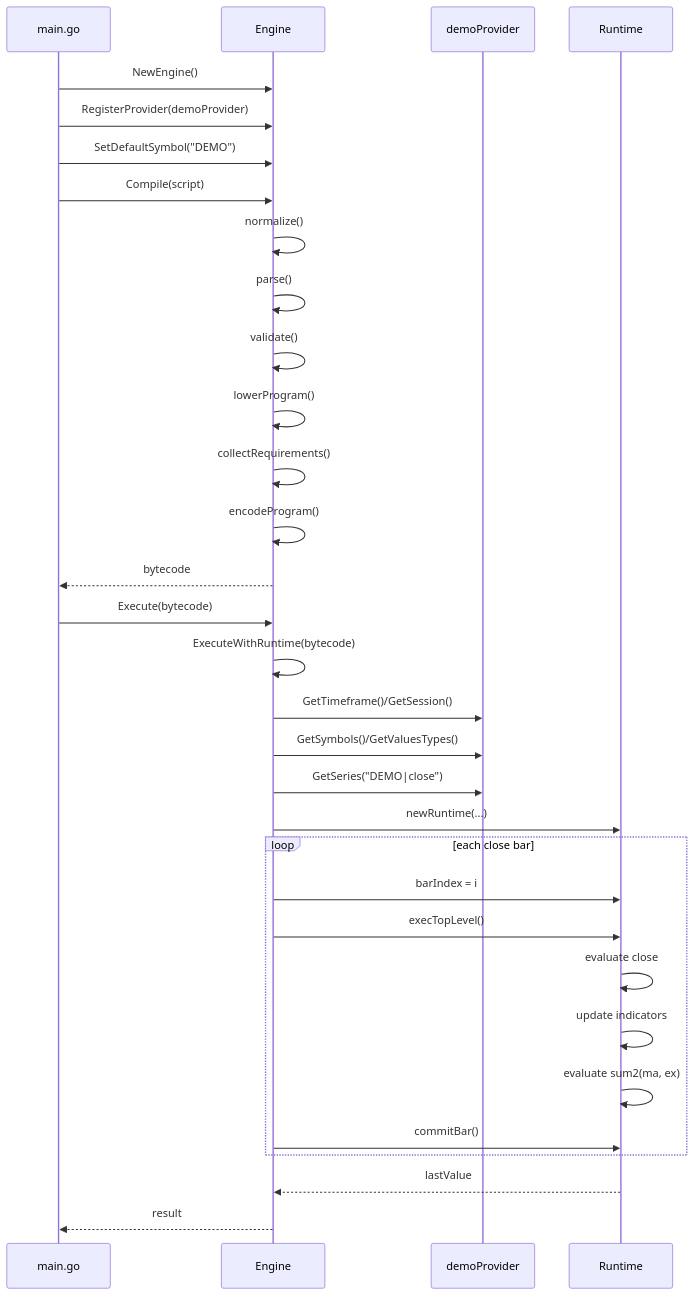
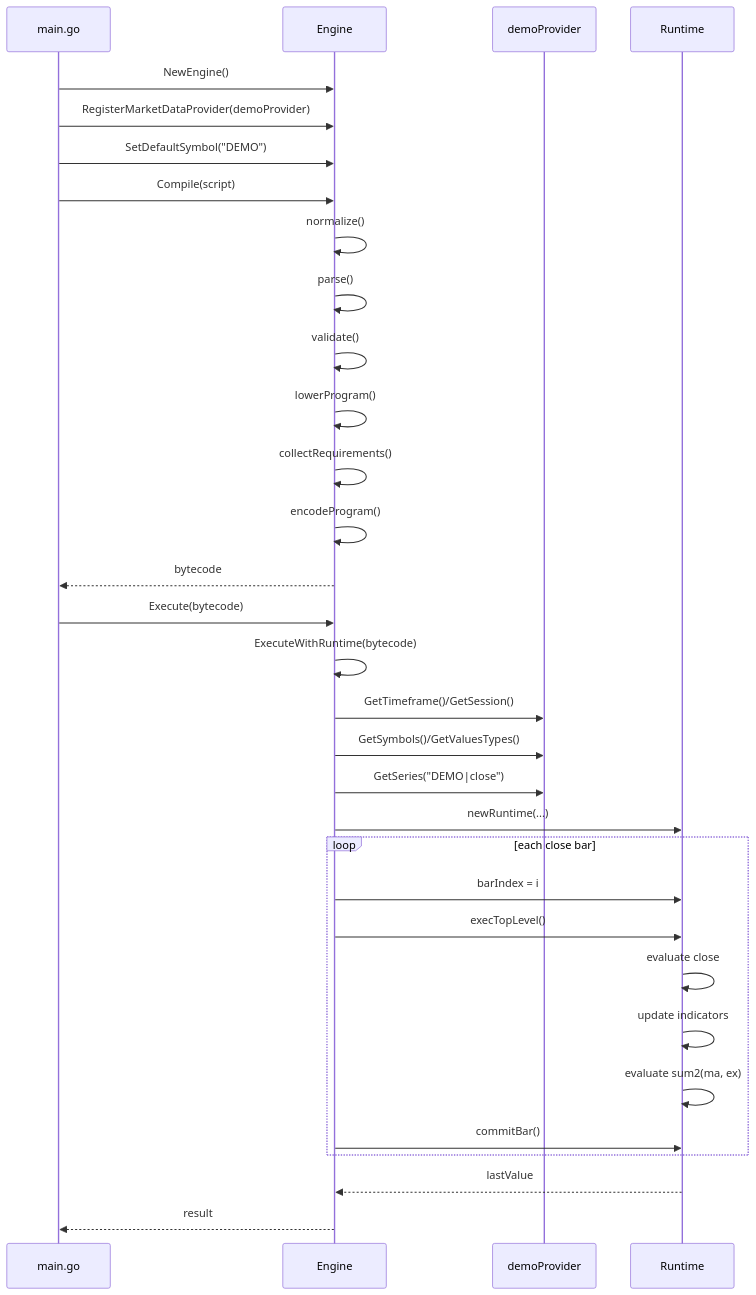
One commit to woodstock-tokyo/pinescription changed the second of 2 diagrams in README.md. Above: the diagram before and after it, drawn with Mermaid.

Commit message:
Update provider registration method name in README

````diff
--- a/README.md
+++ b/README.md
@@ -233,39 +233,39 @@
 ```mermaid
 %%{init: {"themeVariables": {"fontSize": "12px"}, "sequence": {"diagramMarginX": 20, "diagramMarginY": 10, "messageMargin": 10}} }%%
 sequenceDiagram
 	participant App as main.go
 	participant Eng as Engine
 	participant Prov as demoProvider
 	participant RT as Runtime
 
 	App->>Eng: NewEngine()
-	App->>Eng: RegisterProvider(demoProvider)
+	App->>Eng: RegisterMarketDataProvider(demoProvider)
 	App->>Eng: SetDefaultSymbol("DEMO")
 	App->>Eng: Compile(script)
 	Eng->>Eng: normalize()
 	Eng->>Eng: parse()
 	Eng->>Eng: validate()
 	Eng->>Eng: lowerProgram()
 	Eng->>Eng: collectRequirements()
 	Eng->>Eng: encodeProgram()
 	Eng-->>App: bytecode
 
 	App->>Eng: Execute(bytecode)
 	Eng->>Eng: ExecuteWithRuntime(bytecode)
 	Eng->>Prov: GetTimeframe()/GetSession()
 	Eng->>Prov: GetSymbols()/GetValuesTypes()
 	Eng->>Prov: GetSeries("DEMO|close")
 	Eng->>RT: newRuntime(...)
 
 	loop each close bar
 		Eng->>RT: barIndex = i
 		Eng->>RT: execTopLevel()
 		RT->>RT: evaluate close
 		RT->>RT: update indicators
 		RT->>RT: evaluate sum2(ma, ex)
 		Eng->>RT: commitBar()
 	end
 
 	RT-->>Eng: lastValue
 	Eng-->>App: result
 ```
````
